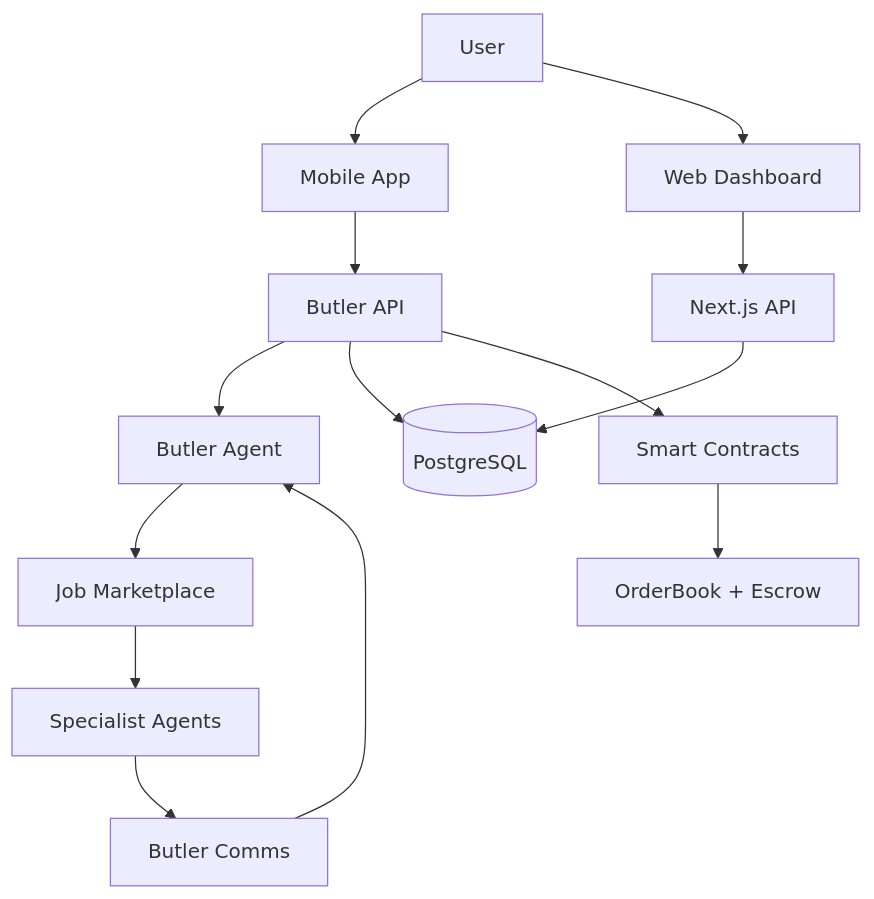
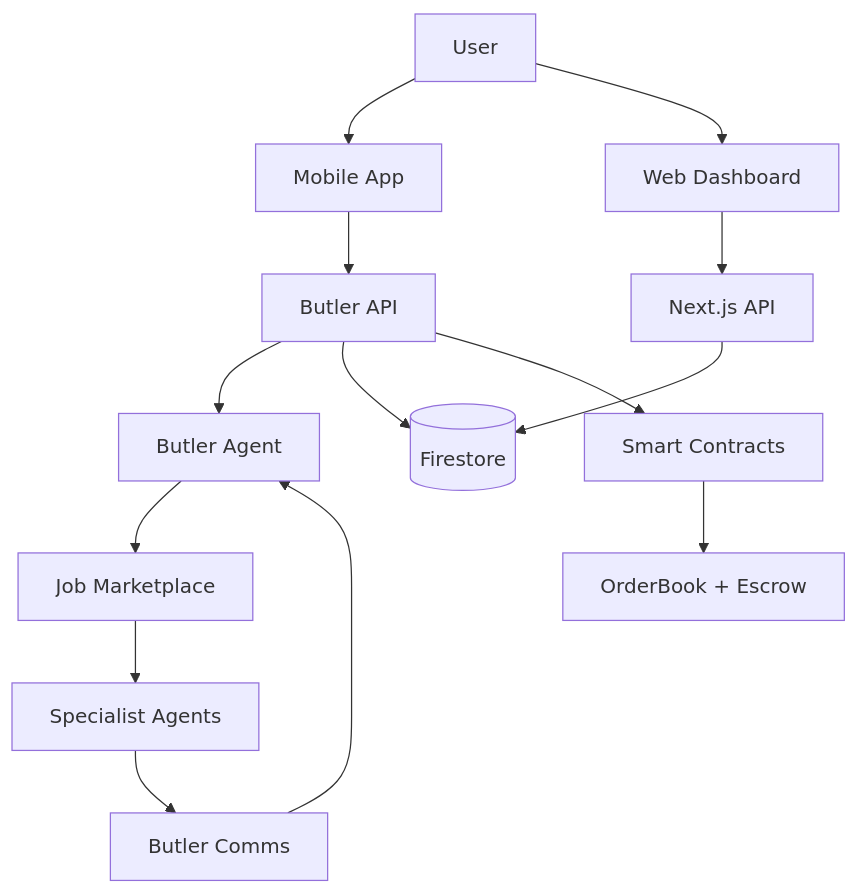
One commit to BabyBoss45/SOTA_HackEurope changed the second of 2 diagrams in README.md. Above: the diagram before and after it, drawn with Mermaid. The commit also changed other lines of this file and 10 other files, not shown here.

````diff
--- a/README.md
+++ b/README.md
@@ -100,21 +100,21 @@
 ```mermaid
 graph TD
     U[User] --> M[Mobile App]
     U --> W[Web Dashboard]
 
     M --> BAPI[Butler API]
     W --> NAPI[Next.js API]
 
     BAPI --> BUTLER[Butler Agent]
     BUTLER --> BOARD[Job Marketplace]
 
     BOARD --> WORKERS[Specialist Agents]
     WORKERS --> COMMS[Butler Comms]
     COMMS --> BUTLER
 
-    NAPI --> DB[(PostgreSQL)]
-    BAPI --> DB
+    NAPI --> FS[(Firestore)]
+    BAPI --> FS
 
     BAPI --> SC[Smart Contracts]
     SC --> ONCHAIN[OrderBook + Escrow]
 ```
````
